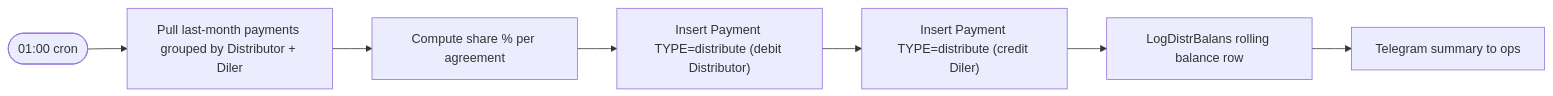
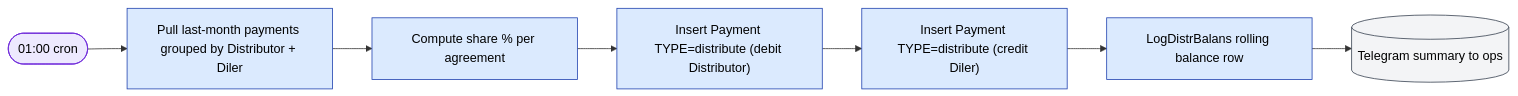
One commit to jamshidtulaganov/sd-doc changed the first of 2 diagrams in docs/sd-billing/cron-and-settlement.md. Above: the diagram before and after it, drawn with Mermaid. The commit also changed other lines of this file and 21 other files, not shown here.

````diff
--- a/docs/sd-billing/cron-and-settlement.md
+++ b/docs/sd-billing/cron-and-settlement.md
@@ -34,9 +35,19 @@
 ```mermaid
 flowchart LR
   S(["01:00 cron"]) --> READ["Pull last-month payments grouped by Distributor + Diler"]
   READ --> CALC["Compute share % per agreement"]
   CALC --> DEB["Insert Payment TYPE=distribute (debit Distributor)"]
   DEB --> CRE["Insert Payment TYPE=distribute (credit Diler)"]
   CRE --> LOG["LogDistrBalans rolling balance row"]
-  LOG --> NOTIF["Telegram summary to ops"]
+  LOG --> NOTIF[("Telegram summary to ops")]
+
+  class S cron
+  class READ,CALC,DEB,CRE,LOG action
+  class NOTIF external
+  classDef action   fill:#dbeafe,stroke:#1e40af,color:#000
+  classDef approval fill:#fef3c7,stroke:#92400e,color:#000
+  classDef success  fill:#dcfce7,stroke:#166534,color:#000
+  classDef reject   fill:#fee2e2,stroke:#991b1b,color:#000
+  classDef external fill:#f3f4f6,stroke:#374151,color:#000
+  classDef cron     fill:#ede9fe,stroke:#6d28d9,color:#000
 ```
````
